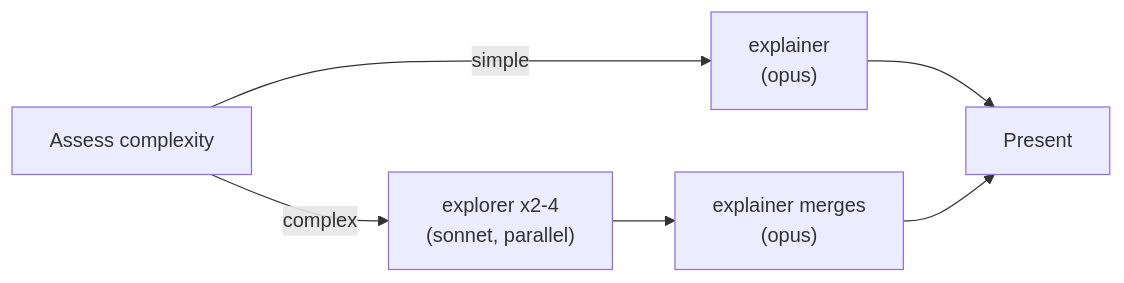
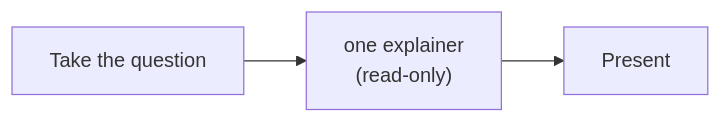
The third of 12 diagrams in pstack-cc/docs/skill-map.en.md (souljazzfunk/lab), drawn with Mermaid before and after one commit. The commit also changed other lines of this file and 116 other files, not shown here.

````diff
--- a/pstack-cc/docs/skill-map.en.md
+++ b/pstack-cc/docs/skill-map.en.md
@@ -106,8 +101,5 @@
 ```mermaid
 flowchart LR
-  A[Assess complexity] -->|simple| E1["explainer<br/>(opus)"]
-  A -->|complex| X1["explorer x2-4<br/>(sonnet, parallel)"]
-  X1 --> E2["explainer merges<br/>(opus)"]
-  E1 --> P[Present]
-  E2 --> P
+  A[Take the question] --> E["one explainer<br/>(read-only)"]
+  E --> P[Present]
 ```
````
